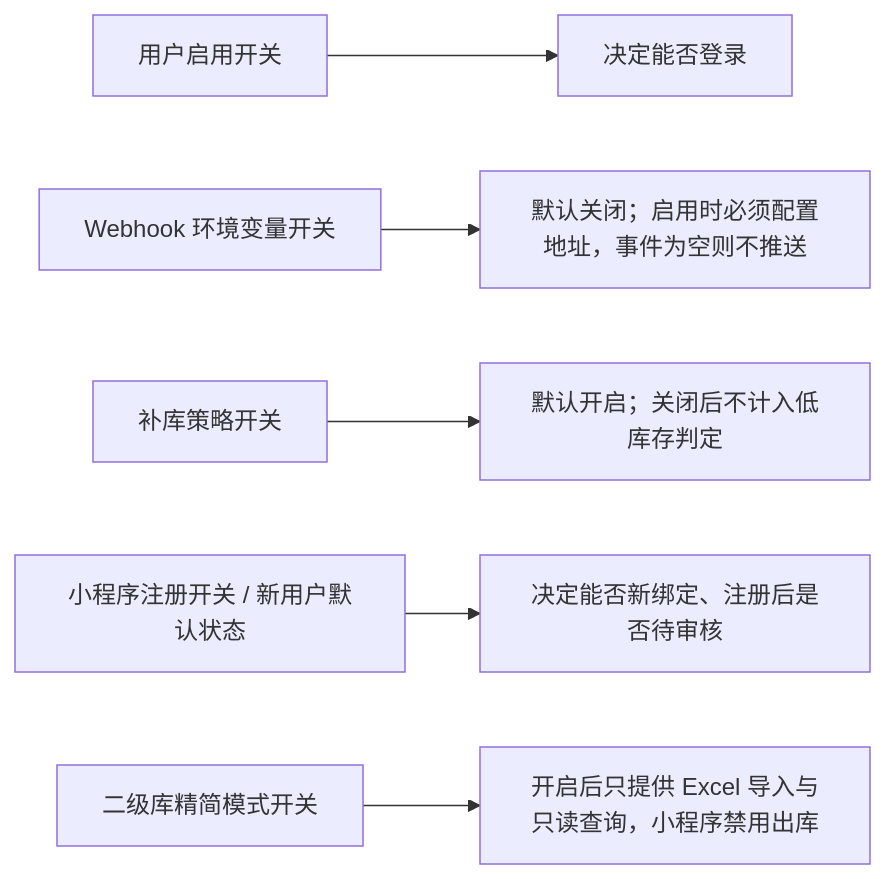
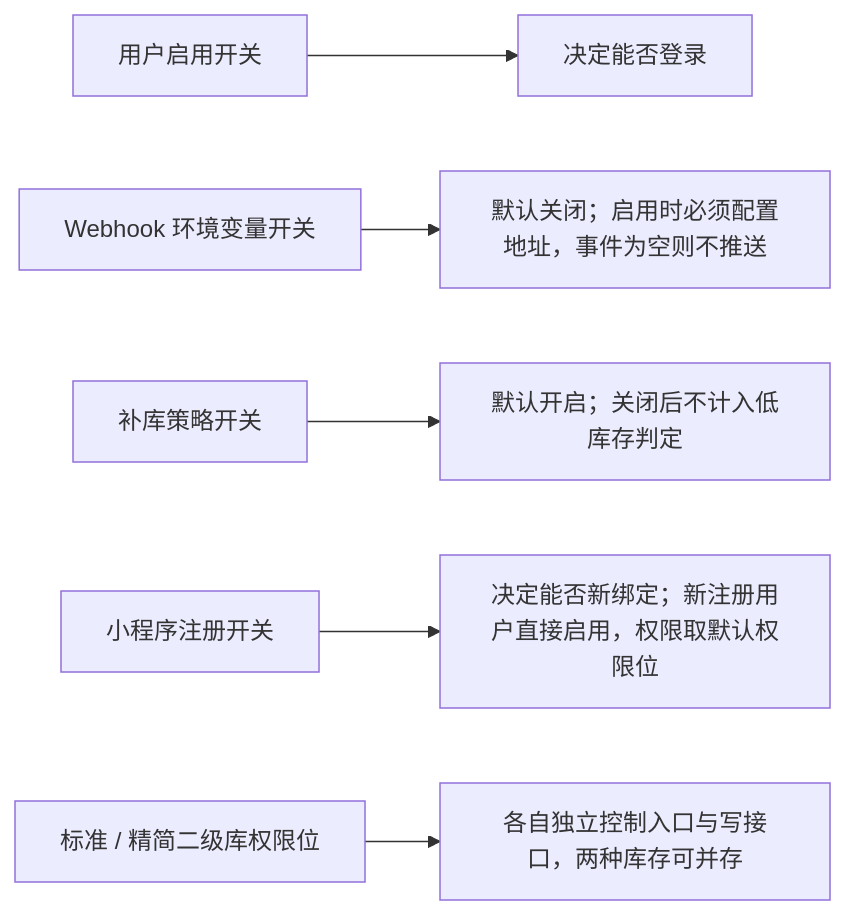
One commit to Sakana-1314/Electrical-Manager changed diagram 19 of 21 in docs/websites/pages/dev-data-model.md. Above: the diagram before and after it, drawn with Mermaid. The commit also changed other lines of this file and 69 other files, not shown here.

````diff
--- a/docs/websites/pages/dev-data-model.md
+++ b/docs/websites/pages/dev-data-model.md
@@ -815,8 +814,8 @@
 ```mermaid
 flowchart LR
     U["用户启用开关"] --> U1["决定能否登录"]
     W["Webhook 环境变量开关"] --> W1["默认关闭；启用时必须配置地址，事件为空则不推送"]
     P["补库策略开关"] --> P1["默认开启；关闭后不计入低库存判定"]
-    M["小程序注册开关 / 新用户默认状态"] --> M1["决定能否新绑定、注册后是否待审核"]
-    L["二级库精简模式开关"] --> L1["开启后只提供 Excel 导入与只读查询，小程序禁用出库"]
+    M["小程序注册开关"] --> M1["决定能否新绑定；新注册用户直接启用，权限取默认权限位"]
+    L["标准 / 精简二级库权限位"] --> L1["各自独立控制入口与写接口，两种库存可并存"]
 ```
````
